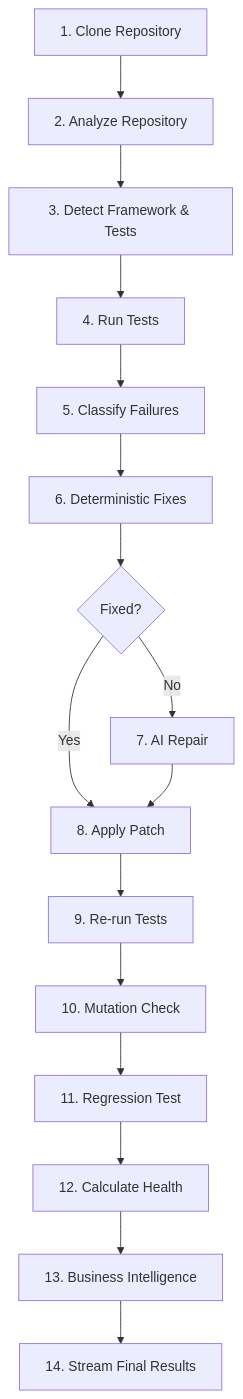
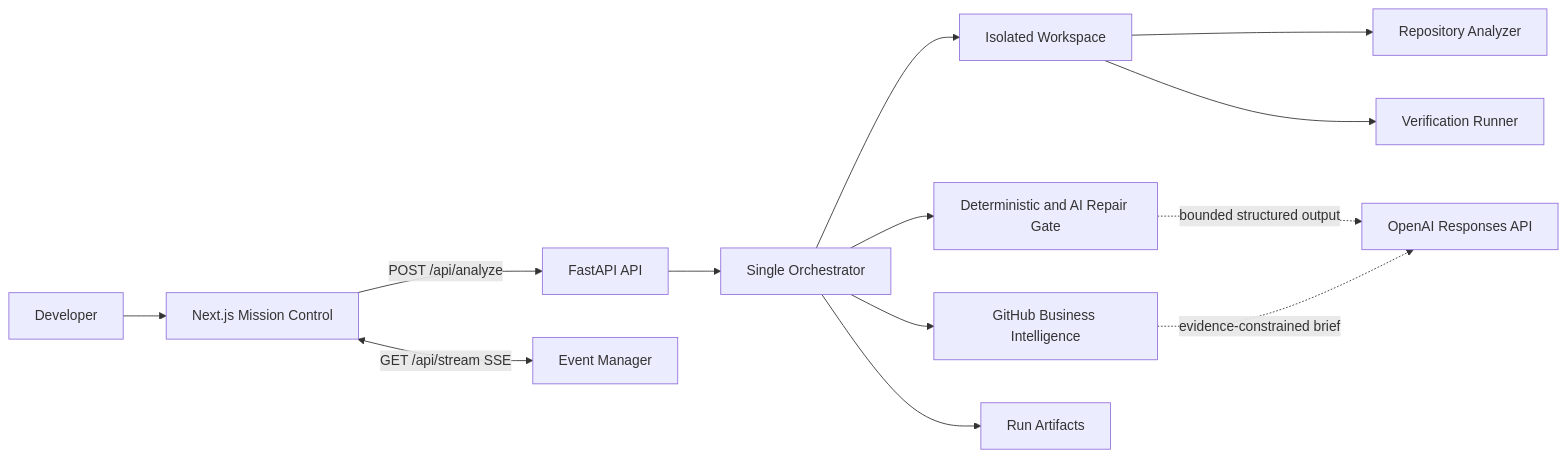
The diagram in README.md (YashDaga17/ForgeOs), drawn with Mermaid before and after one commit. The commit also changed other lines of this file and 15 other files, not shown here.

````diff
--- a/README.md
+++ b/README.md
@@ -60,18 +21,15 @@
 ```mermaid
-graph TD
-    S1[1. Clone Repository] --> S2[2. Analyze Repository]
-    S2 --> S3[3. Detect Framework & Tests]
-    S3 --> S4[4. Run Tests]
-    S4 --> S5[5. Classify Failures]
-    S5 --> S6[6. Deterministic Fixes]
-    S6 --> S7{Fixed?}
-    S7 -- No --> S8[7. AI Repair]
-    S7 -- Yes --> S9[8. Apply Patch]
-    S8 --> S9
-    S9 --> S10[9. Re-run Tests]
-    S10 --> S11[10. Mutation Check]
-    S11 --> S12[11. Regression Test]
-    S12 --> S13[12. Calculate Health]
-    S13 --> S14[13. Business Intelligence]
-    S14 --> S15[14. Stream Final Results]
+flowchart LR
+    U[Developer] --> FE[Next.js Mission Control]
+    FE -->|POST /api/analyze| API[FastAPI API]
+    FE <-->|GET /api/stream SSE| EVENTS[Event Manager]
+    API --> ORCH[Single Orchestrator]
+    ORCH --> WS[Isolated Workspace]
+    WS --> ANALYZE[Repository Analyzer]
+    WS --> VERIFY[Verification Runner]
+    ORCH --> REPAIR[Deterministic and AI Repair Gate]
+    ORCH --> BI[GitHub Business Intelligence]
+    REPAIR -. bounded structured output .-> OAI[OpenAI Responses API]
+    BI -. evidence-constrained brief .-> OAI
+    ORCH --> ARTIFACTS[Run Artifacts]
 ```
````
